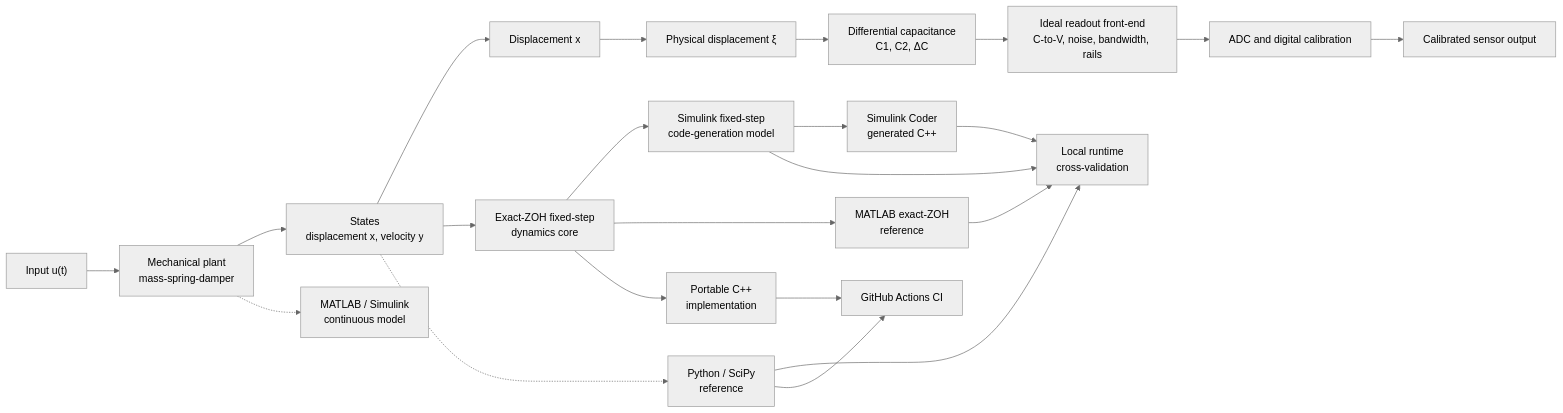
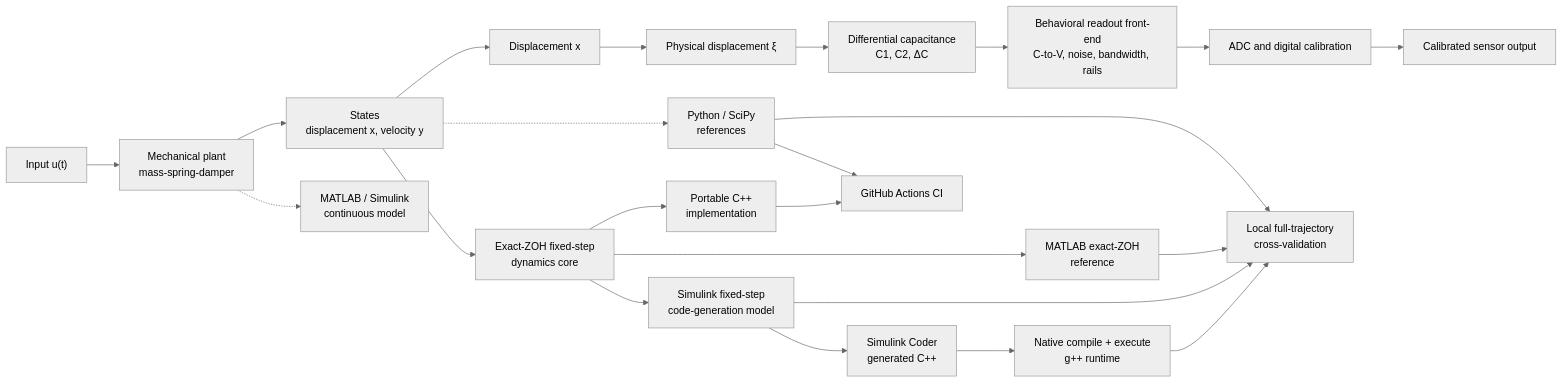
The diagram in README.md (HuijiaoLuo/mems-sensor-dynamics), drawn with Mermaid (neutral theme) before and after one commit.

Commit message:
Refine architecture and validation diagram

````diff
--- a/README.md
+++ b/README.md
@@ -28,26 +28,27 @@
 ```mermaid
 flowchart LR
     U["Input u(t)"] --> M["Mechanical plant<br/>mass-spring-damper"]
     M --> S["States<br/>displacement x, velocity y"]
 
     S --> X["Displacement x"]
     X --> XI["Physical displacement ξ"]
     XI --> C["Differential capacitance<br/>C1, C2, ΔC"]
-    C --> R["Ideal readout front-end<br/>C-to-V, noise, bandwidth, rails"]
+    C --> R["Behavioral readout front-end<br/>C-to-V, noise, bandwidth, rails"]
     R --> A["ADC and digital calibration"]
     A --> O["Calibrated sensor output"]
 
     M -.-> T["MATLAB / Simulink<br/>continuous model"]
     S --> Z["Exact-ZOH fixed-step<br/>dynamics core"]
     Z --> SM["Simulink fixed-step<br/>code-generation model"]
     SM --> G["Simulink Coder<br/>generated C++"]
+    G --> E["Native compile + execute<br/>g++ runtime"]
     Z --> MR["MATLAB exact-ZOH<br/>reference"]
-    Z --> Q["Portable C++<br/>implementation"]
-    S -.-> P["Python / SciPy<br/>reference"]
-    P --> V["Local runtime<br/>cross-validation"]
-    G --> V
+    S -.-> P["Python / SciPy<br/>references"]
+    E --> V["Local full-trajectory<br/>cross-validation"]
     SM --> V
     MR --> V
+    P --> V
+    Z --> Q["Portable C++<br/>implementation"]
     Q --> I["GitHub Actions CI"]
     P --> I
 ```
````
